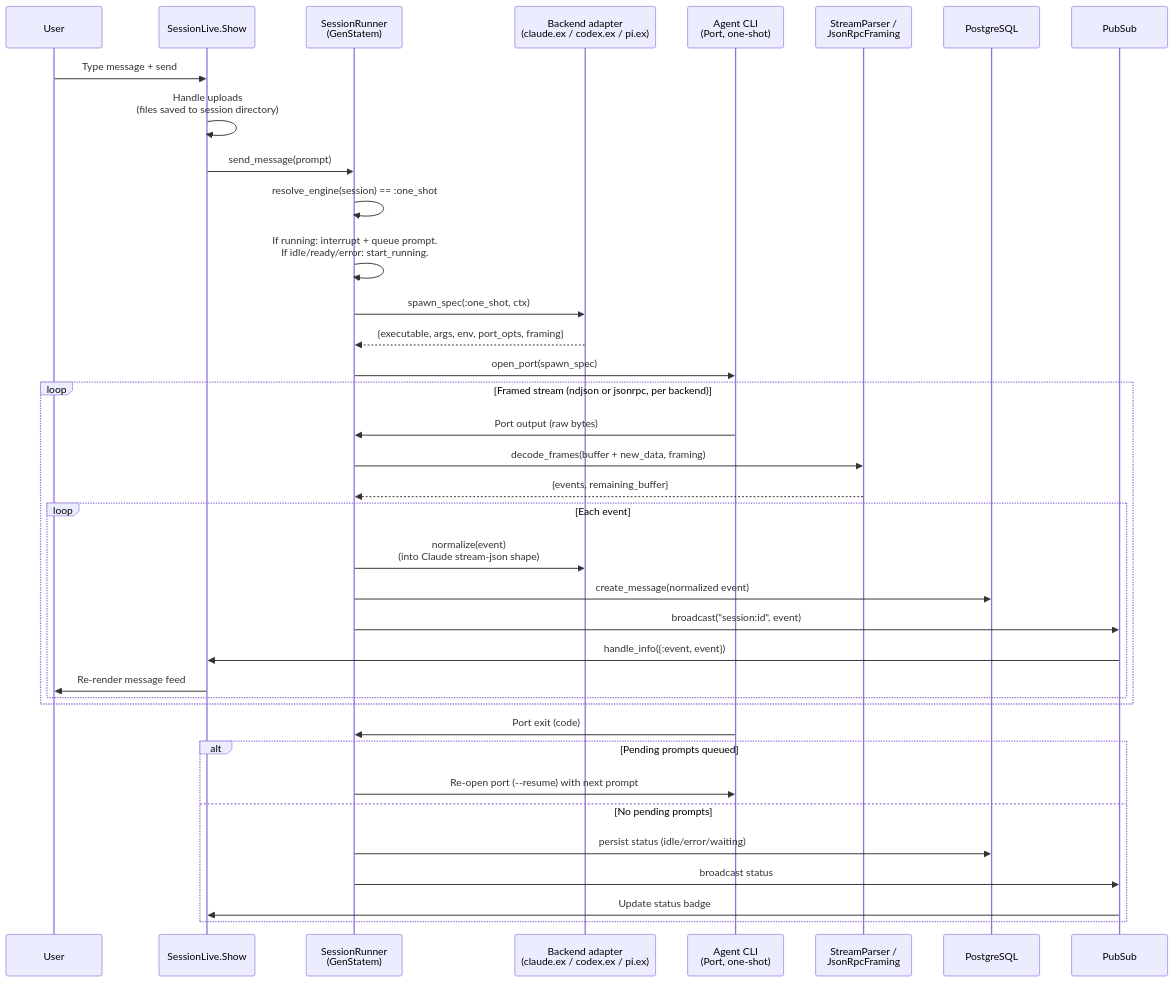
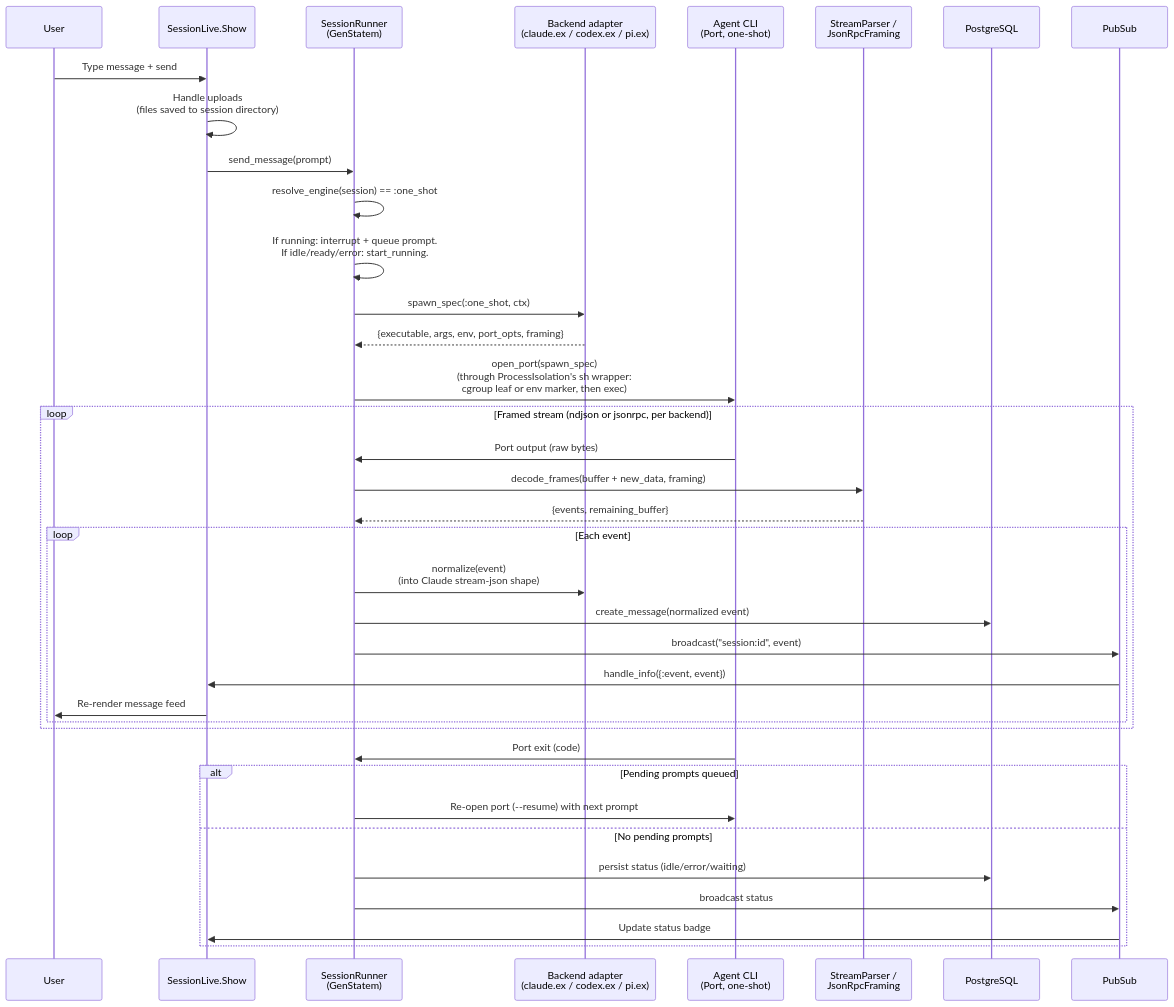
Before and after one commit to zingbretsen/orca_hub: the first of 3 diagrams in .context/message-flow.md, drawn with Mermaid. The commit also changed other lines of this file and 4 other files, not shown here.

First line of the commit message:
Document per-spawn agent isolation, the tree reap, and installing the delegated unit

````diff
--- a/.context/message-flow.md
+++ b/.context/message-flow.md
@@ -31,42 +31,42 @@
 ```mermaid
 sequenceDiagram
     participant User
     participant LiveView as SessionLive.Show
     participant Runner as SessionRunner<br>(GenStatem)
     participant Backend as Backend adapter<br>(claude.ex / codex.ex / pi.ex)
     participant CLI as Agent CLI<br>(Port, one-shot)
     participant Parser as StreamParser /<br>JsonRpcFraming
     participant DB as PostgreSQL
     participant PubSub
 
     User->>LiveView: Type message + send
     LiveView->>LiveView: Handle uploads<br>(files saved to session directory)
     LiveView->>Runner: send_message(prompt)
     Runner->>Runner: resolve_engine(session) == :one_shot
     Runner->>Runner: If running: interrupt + queue prompt.<br>If idle/ready/error: start_running.
     Runner->>Backend: spawn_spec(:one_shot, ctx)
     Backend-->>Runner: {executable, args, env, port_opts, framing}
-    Runner->>CLI: open_port(spawn_spec)
+    Runner->>CLI: open_port(spawn_spec)<br>(through ProcessIsolation's sh wrapper:<br>cgroup leaf or env marker, then exec)
 
     loop Framed stream (ndjson or jsonrpc, per backend)
         CLI->>Runner: Port output (raw bytes)
         Runner->>Parser: decode_frames(buffer + new_data, framing)
         Parser-->>Runner: {events, remaining_buffer}
         loop Each event
             Runner->>Backend: normalize(event)<br>(into Claude stream-json shape)
             Runner->>DB: create_message(normalized event)
             Runner->>PubSub: broadcast("session:id", event)
             PubSub->>LiveView: handle_info({:event, event})
             LiveView->>User: Re-render message feed
         end
     end
 
     CLI->>Runner: Port exit (code)
     alt Pending prompts queued
         Runner->>CLI: Re-open port (--resume) with next prompt
     else No pending prompts
         Runner->>DB: persist status (idle/error/waiting)
         Runner->>PubSub: broadcast status
         PubSub->>LiveView: Update status badge
     end
 ```
````
